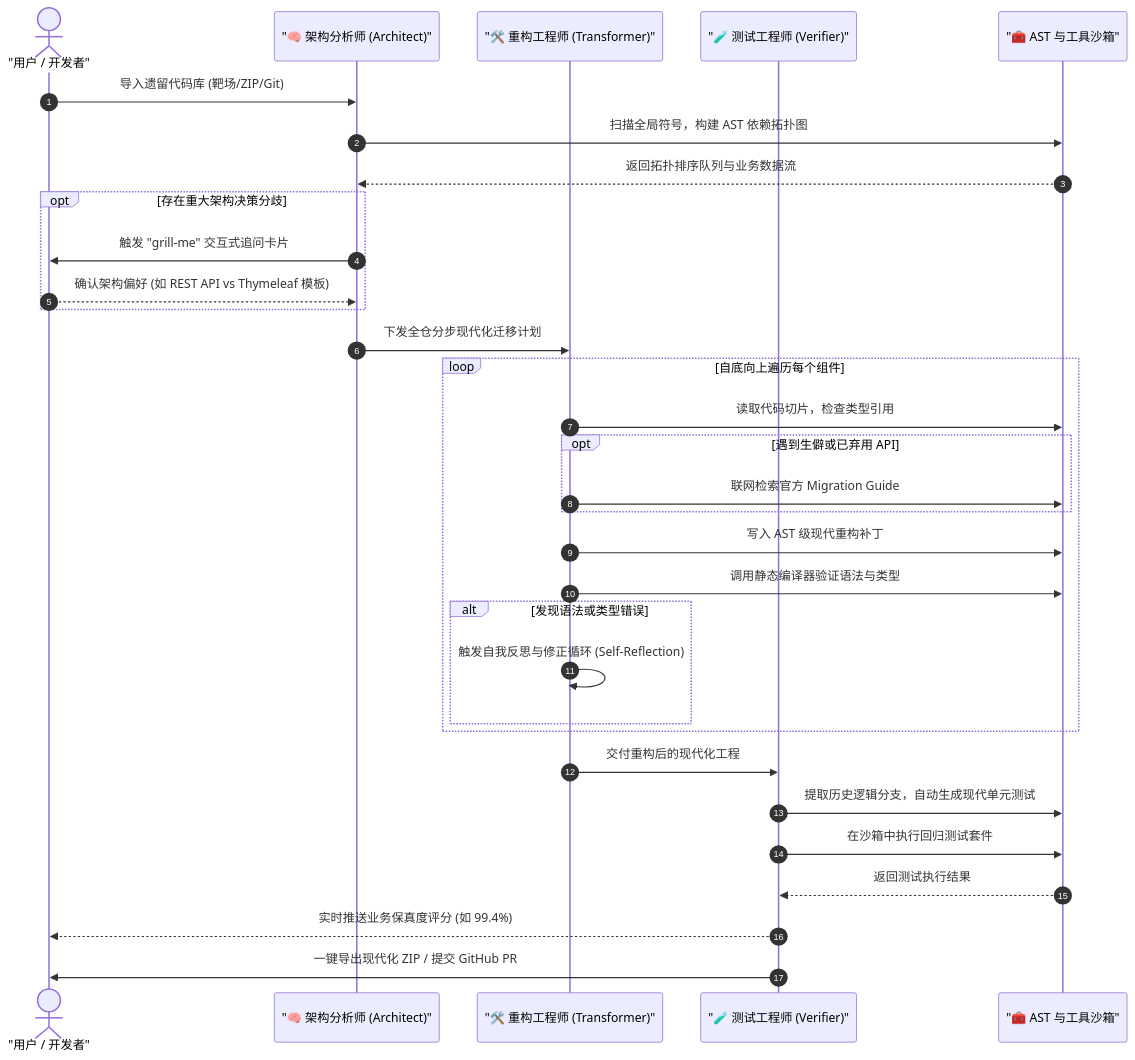
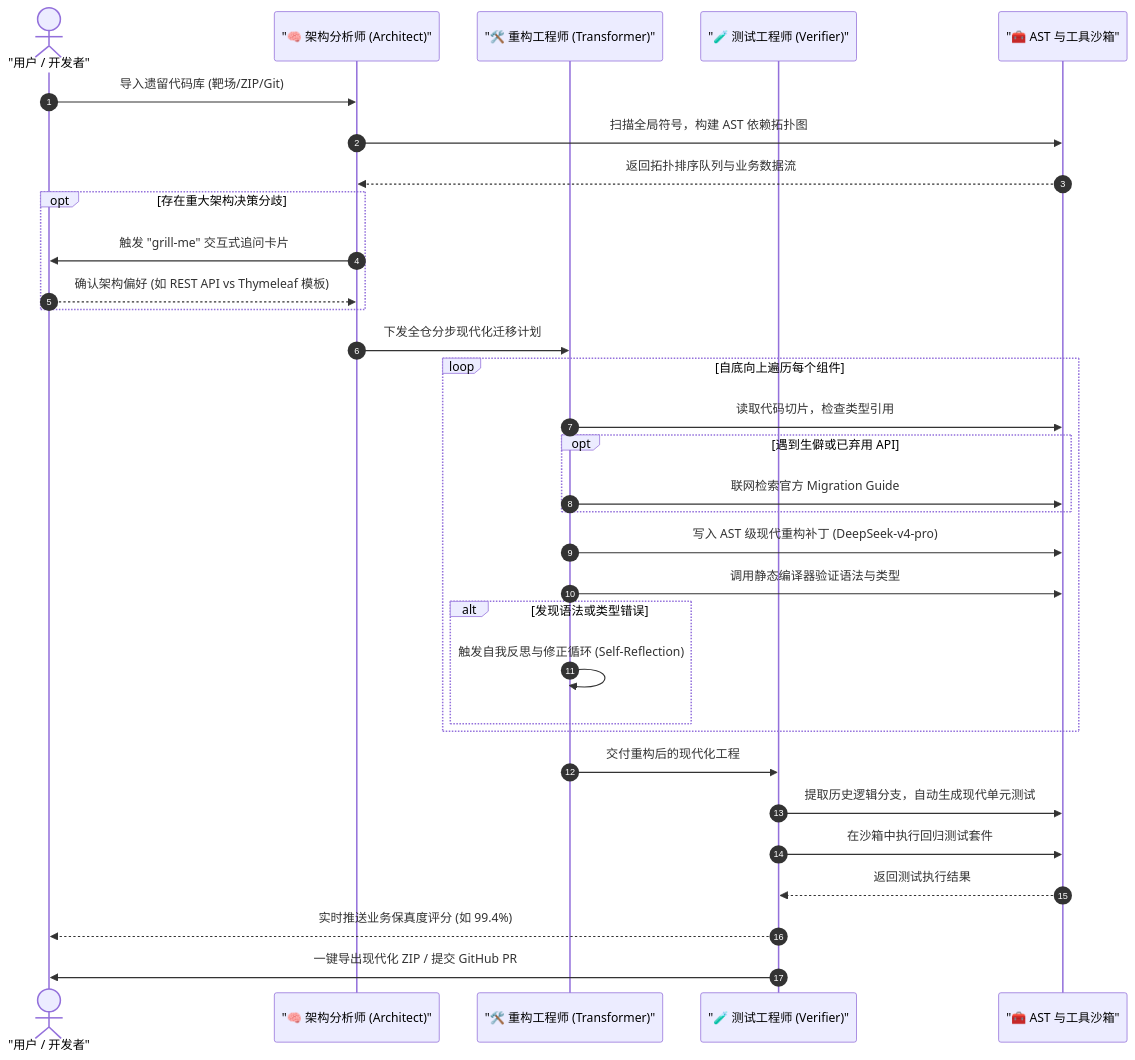
One commit to SakuraCianna/LegacyCodeModernizer changed the third of 4 diagrams in README_zh.md. Above: the diagram before and after it, drawn with Mermaid. The commit also changed other lines of this file and 5 other files, not shown here.

Commit message:
docs: 增补 DeepSeek-v4-pro 大模型推理参数矩阵与 Prompt Caching 前缀锁定架构

````diff
--- a/README_zh.md
+++ b/README_zh.md
@@ -143,38 +154,38 @@
 ```mermaid
 sequenceDiagram
     autonumber
     actor User as "用户 / 开发者"
     participant Arch as "🧠 架构分析师 (Architect)"
     participant Trans as "🛠️ 重构工程师 (Transformer)"
     participant Test as "🧪 测试工程师 (Verifier)"
     participant Tools as "🧰 AST 与工具沙箱"
 
     User->>Arch: 导入遗留代码库 (靶场/ZIP/Git)
     Arch->>Tools: 扫描全局符号，构建 AST 依赖拓扑图
     Tools-->>Arch: 返回拓扑排序队列与业务数据流
 
     opt 存在重大架构决策分歧
         Arch->>User: 触发 "grill-me" 交互式追问卡片
         User-->>Arch: 确认架构偏好 (如 REST API vs Thymeleaf 模板)
     end
 
     Arch->>Trans: 下发全仓分步现代化迁移计划
     loop 自底向上遍历每个组件
         Trans->>Tools: 读取代码切片，检查类型引用
         opt 遇到生僻或已弃用 API
             Trans->>Tools: 联网检索官方 Migration Guide
         end
-        Trans->>Tools: 写入 AST 级现代重构补丁
+        Trans->>Tools: 写入 AST 级现代重构补丁 (DeepSeek-v4-pro)
         Trans->>Tools: 调用静态编译器验证语法与类型
         alt 发现语法或类型错误
             Trans->>Trans: 触发自我反思与修正循环 (Self-Reflection)
         end
     end
 
     Trans->>Test: 交付重构后的现代化工程
     Test->>Tools: 提取历史逻辑分支，自动生成现代单元测试
     Test->>Tools: 在沙箱中执行回归测试套件
     Tools-->>Test: 返回测试执行结果
     Test-->>User: 实时推送业务保真度评分 (如 99.4%)
     Test->>User: 一键导出现代化 ZIP / 提交 GitHub PR
 ```
````
